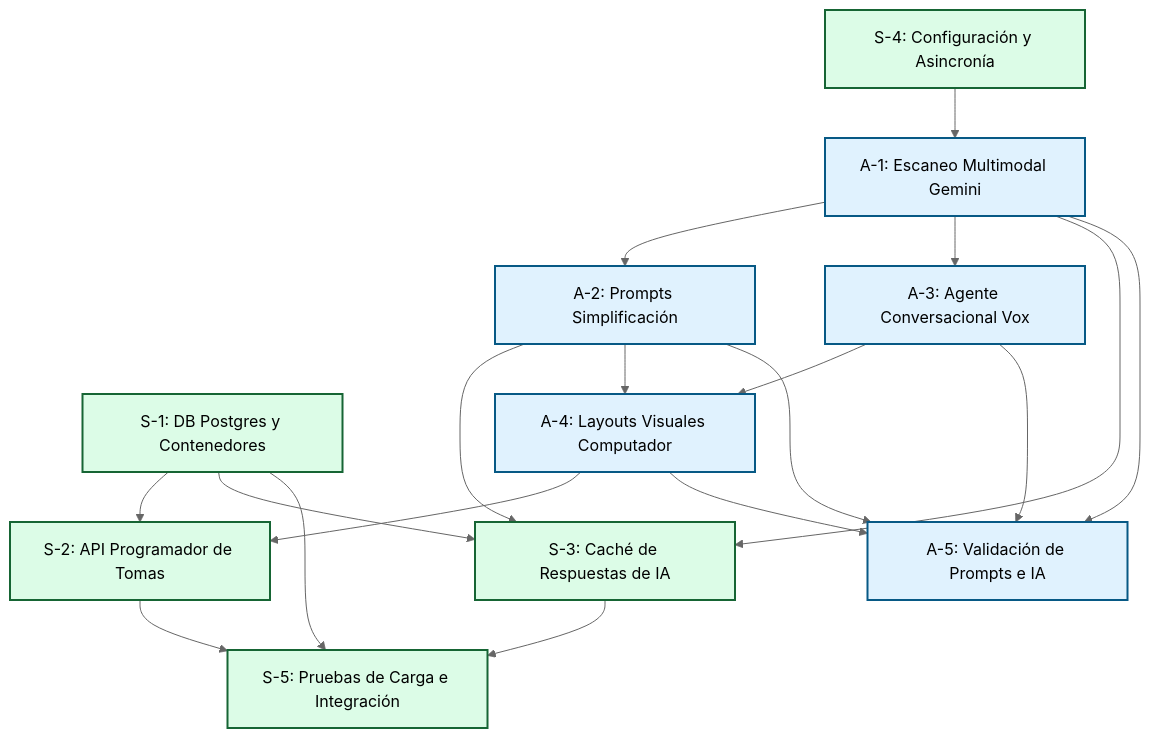
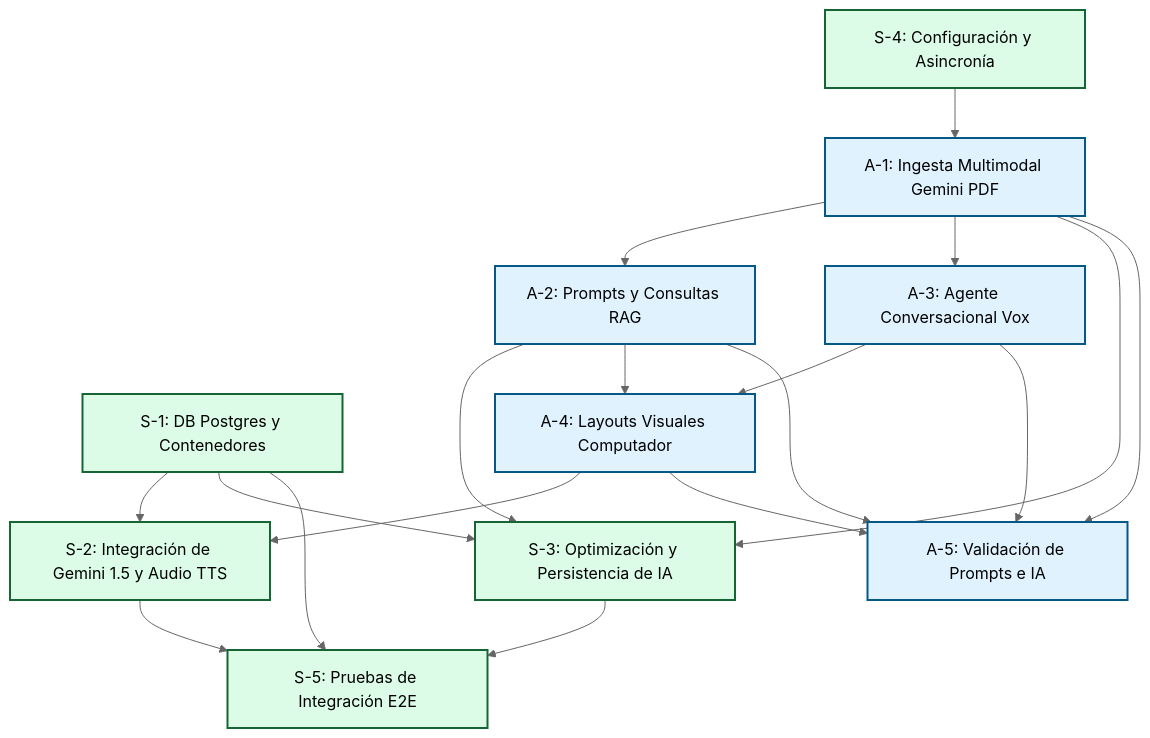
The diagram in docs/planning/team_tasks.md (nadevrix/PHARMAVOX), drawn with Mermaid (neutral theme) before and after one commit. The commit also changed other lines of this file and 53 other files, not shown here.

````diff
--- a/docs/planning/team_tasks.md
+++ b/docs/planning/team_tasks.md
@@ -27,48 +27,48 @@
 ```mermaid
 graph TD
     %% Tareas de Sergio
     S1[S-1: DB Postgres y Contenedores]
-    S2[S-2: API Programador de Tomas]
-    S3[S-3: Caché de Respuestas de IA]
+    S2[S-2: Integración de Gemini 1.5 y Audio TTS]
+    S3[S-3: Optimización y Persistencia de IA]
     S4[S-4: Configuración y Asincronía]
-    S5[S-5: Pruebas de Carga e Integración]
+    S5[S-5: Pruebas de Integración E2E]
 
     %% Tareas de Alejandro
-    A1[A-1: Escaneo Multimodal Gemini]
-    A2[A-2: Prompts Simplificación]
+    A1[A-1: Ingesta Multimodal Gemini PDF]
+    A2[A-2: Prompts y Consultas RAG]
     A3[A-3: Agente Conversacional Vox]
     A4[A-4: Layouts Visuales Computador]
     A5[A-5: Validación de Prompts e IA]
 
     %% Flujos de Dependencia
     S4 --> A1
     S1 --> S2
     S1 --> S3
     A4 --> S2
     A1 --> A2
     A1 --> A3
     A1 --> S3
     A2 --> S3
     A2 --> A4
     A3 --> A4
     S1 --> S5
     S2 --> S5
     S3 --> S5
     A1 --> A5
     A2 --> A5
     A3 --> A5
     A4 --> A5
 
     %% Colores para distinguir roles
     style S1 fill:#dcfce7,stroke:#166534,stroke-width:2px
     style S2 fill:#dcfce7,stroke:#166534,stroke-width:2px
     style S3 fill:#dcfce7,stroke:#166534,stroke-width:2px
     style S4 fill:#dcfce7,stroke:#166534,stroke-width:2px
     style S5 fill:#dcfce7,stroke:#166534,stroke-width:2px
     
     style A1 fill:#e0f2fe,stroke:#075985,stroke-width:2px
     style A2 fill:#e0f2fe,stroke:#075985,stroke-width:2px
     style A3 fill:#e0f2fe,stroke:#075985,stroke-width:2px
     style A4 fill:#e0f2fe,stroke:#075985,stroke-width:2px
     style A5 fill:#e0f2fe,stroke:#075985,stroke-width:2px
 ```
````
